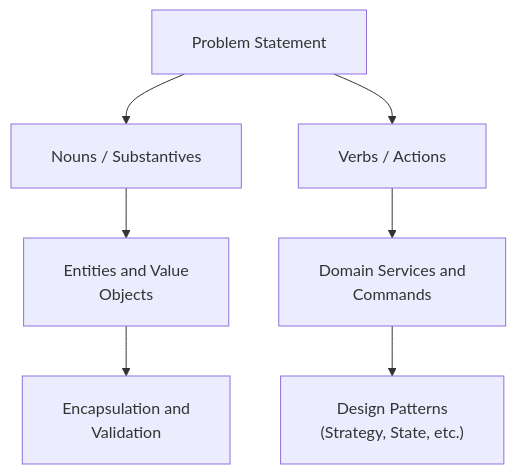
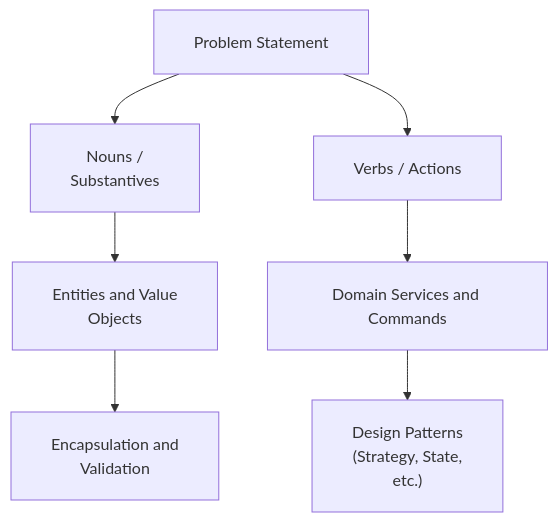
The fourth of 4 diagrams in LLD/00_Core_Concepts/06_Interview_Execution_Framework.md (dip4k/DSA_102), drawn with Mermaid before and after one commit. The commit also changed other lines of this file and 106 other files, not shown here.

First line of the commit message:
fix(mermaid): prevent text clipping with foreignObject overflow and tighter line wrapping

````diff
--- a/LLD/00_Core_Concepts/06_Interview_Execution_Framework.md
+++ b/LLD/00_Core_Concepts/06_Interview_Execution_Framework.md
@@ -125,10 +125,10 @@
 ```mermaid
-%%{init: {"flowchart": {"htmlLabels": true, "padding": 20}}}%%
+%%{init: {"flowchart": {"htmlLabels": true, "padding": 20}, "themeCSS": "foreignObject { overflow: visible !important; }"}}%%
 flowchart TD
-    Text["Problem Statement"] --> Nouns["Nouns / Substantives"]
+    Text["Problem Statement"] --> Nouns["Nouns /<br/>Substantives"]
     Text --> Verbs["Verbs / Actions"]
     Nouns --> Entities["Entities and Value<br/>Objects"]
-    Verbs --> Services["Domain Services and<br/>Commands"]
+    Verbs --> Services["Domain Services and Commands"]
     Entities --> Invariants["Encapsulation and<br/>Validation"]
-    Services --> Patterns["Design Patterns<br/>(Strategy, State, etc.)"]
+    Services --> Patterns["Design Patterns<br/>(Strategy, State,<br/>etc.)"]
 ```
````
